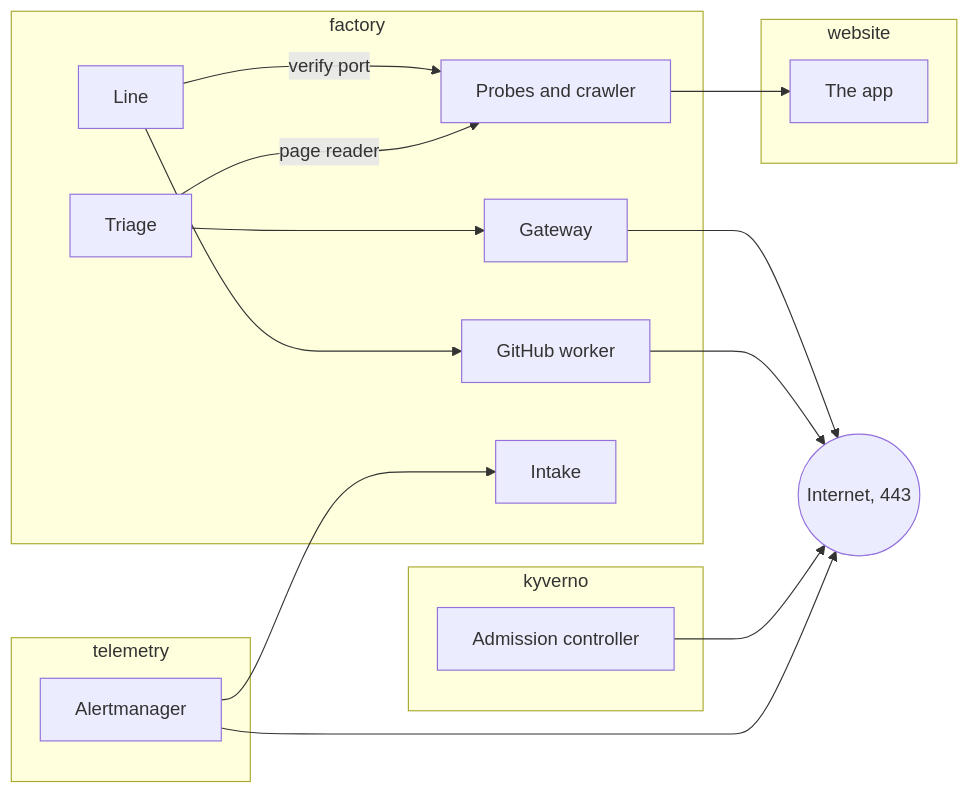
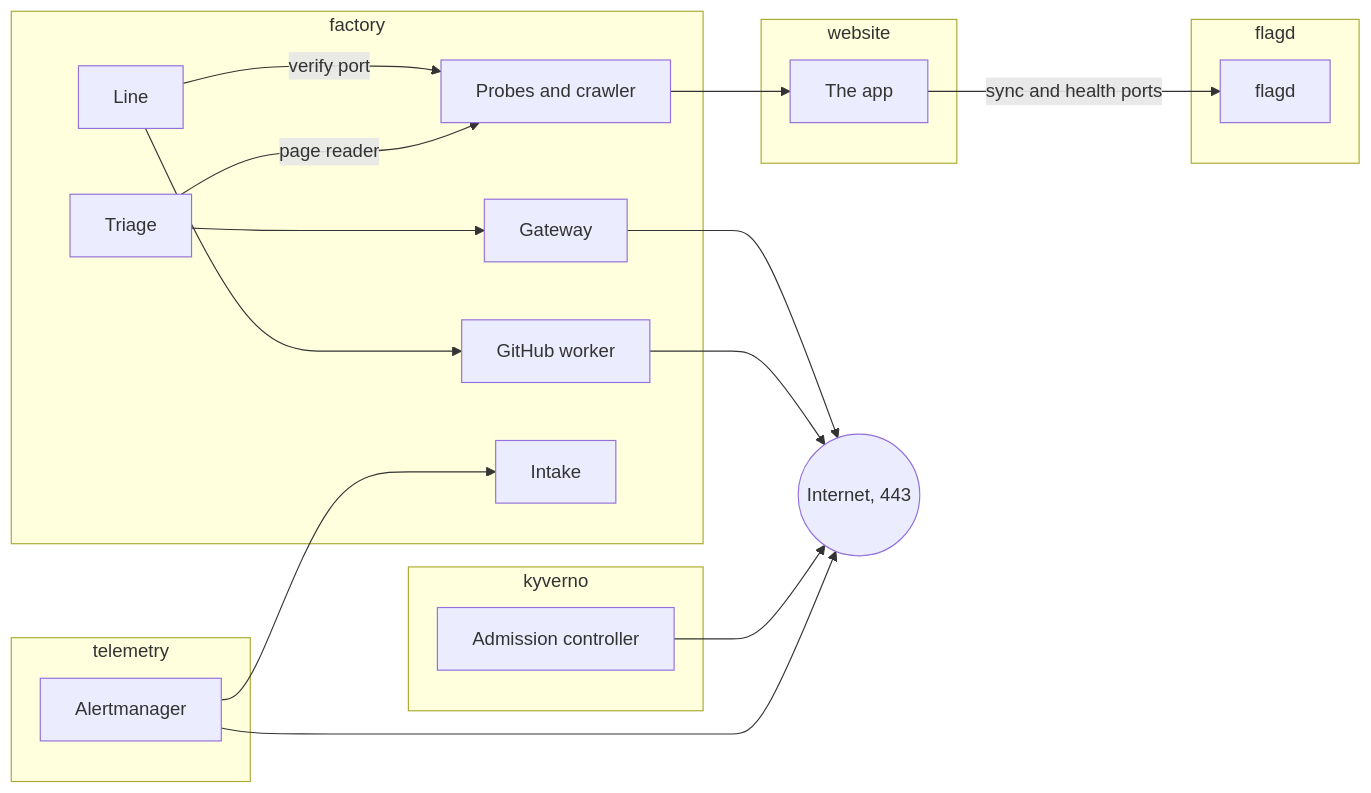
One commit to mrogan/cv-software-factory changed the diagram in docs/COMPONENTS/NETWORK-POLICIES.md. Above: the diagram before and after it, drawn with Mermaid. The commit also changed other lines of this file and 31 other files, not shown here.

````diff
--- a/docs/COMPONENTS/NETWORK-POLICIES.md
+++ b/docs/COMPONENTS/NETWORK-POLICIES.md
@@ -10,31 +10,35 @@
 ```mermaid
 flowchart LR
   subgraph factory
     gateway[Gateway]
     worker[GitHub worker]
     line[Line]
     triage[Triage]
     probes[Probes and crawler]
     intake[Intake]
   end
   subgraph kyverno
     admission[Admission controller]
   end
   subgraph website
     app[The app]
   end
+  subgraph flagd
+    flagdpod[flagd]
+  end
   subgraph telemetry
     alertmanager[Alertmanager]
   end
   internet((Internet, 443))
   gateway --> internet
   worker --> internet
   admission --> internet
   alertmanager --> internet
   alertmanager --> intake
   triage --> gateway
   line --> worker
   line -- verify port --> probes
   triage -- page reader --> probes
   probes --> app
+  app -- sync and health ports --> flagdpod
 ```
````
